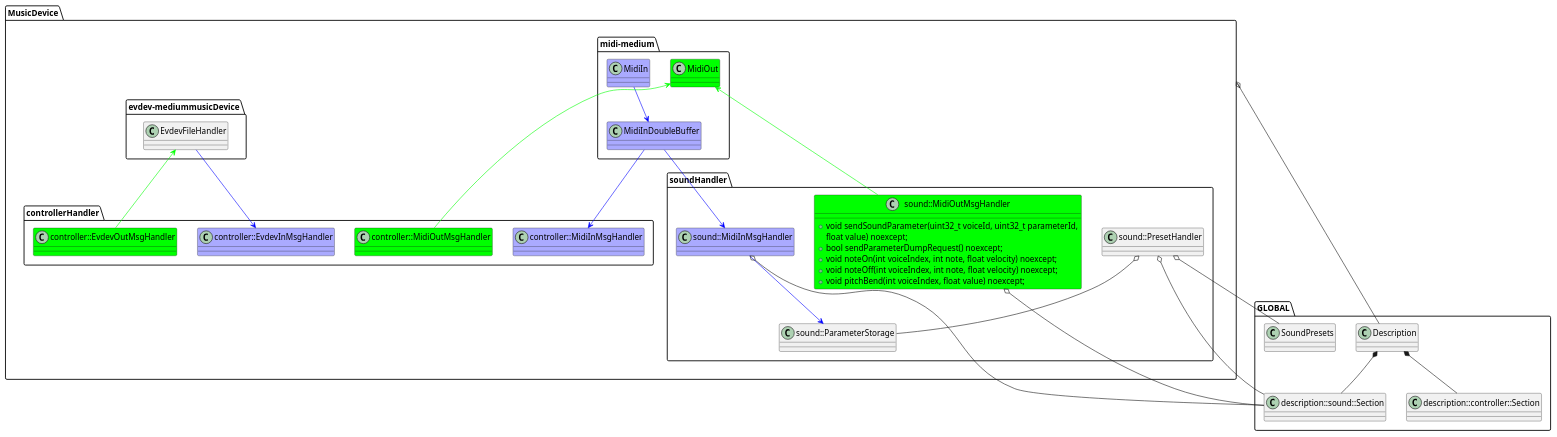
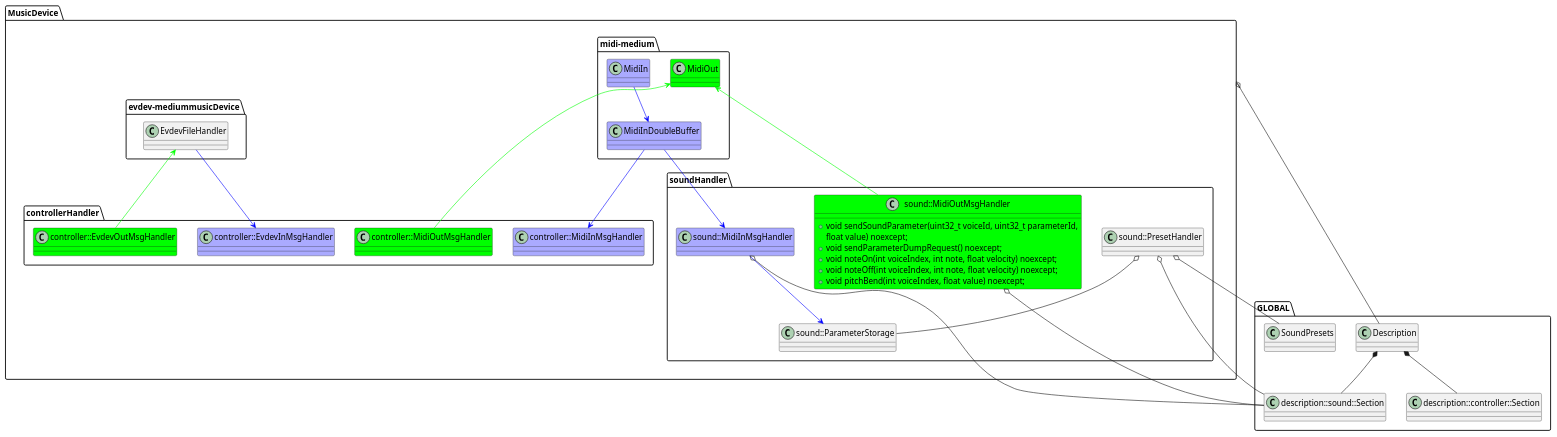
Before and after one commit to dliess/MidiEmBackend: the diagram in Base/Documentation/Brainstorming/classes.puml, drawn with PlantUML. The commit also changed 10 other files, not shown here.

Commit message:
parameter dum request refactor

```diff
--- a/Base/Documentation/Brainstorming/classes.puml
+++ b/Base/Documentation/Brainstorming/classes.puml
@@ -1,106 +1,106 @@
 @startuml
 
 package GLOBAL
 {
    class SoundPresets
    class Description
    class description::sound::Section
    class description::controller::Section
 }
 
 package MusicDevice
 {
 
 
 package soundHandler
 {
    class sound::MidiInMsgHandler #aaaaff
    {
 
    }
 
    class sound::MidiOutMsgHandler #00ff00
    {
       +void sendSoundParameter(uint32_t voiceId, uint32_t parameterId,
                               float value) noexcept;
-      +bool sendParameterDumpRequest() noexcept;
+      +void sendParameterDumpRequest() noexcept;
       +void noteOn(int voiceIndex, int note, float velocity) noexcept;
       +void noteOff(int voiceIndex, int note, float velocity) noexcept;
       +void pitchBend(int voiceIndex, float value) noexcept;
    }
 
 
    class sound::ParameterStorage
    {
 
    }
 
    class sound::PresetHandler
    {
 
    }
 
 }
 
 package controllerHandler
 {
    class controller::MidiInMsgHandler #aaaaff
    {
 
    }
 
    class controller::MidiOutMsgHandler #00ff00
    {
 
    }
 
    class controller::EvdevInMsgHandler #aaaaff
    {
 
    }
 
    class controller::EvdevOutMsgHandler #00ff00
    {
 
    }
 }
 
 package midi-medium
 {
 
 class MidiInDoubleBuffer #aaaaff
 class MidiOut #00ff00
 class MidiIn #aaaaff
 
 }
 
 package evdev-mediummusicDevice
 {
    class EvdevFileHandler
 }
 
 }
 
 Description *-- description::sound::Section
 Description *-- description::controller::Section
 
 MusicDevice o-- Description
 
 sound::MidiInMsgHandler --> sound::ParameterStorage #0000ff
 sound::PresetHandler o-- sound::ParameterStorage
 sound::PresetHandler o-- SoundPresets
 sound::PresetHandler o-- description::sound::Section
 sound::MidiOutMsgHandler o-- description::sound::Section
 sound::MidiInMsgHandler o-- description::sound::Section
 
 MidiIn --> MidiInDoubleBuffer #0000ff
 MidiInDoubleBuffer --> sound::MidiInMsgHandler #0000ff
 MidiInDoubleBuffer --> controller::MidiInMsgHandler #0000ff
 
 sound::MidiOutMsgHandler --> MidiOut #00ff00
 controller::MidiOutMsgHandler --> MidiOut #00ff00
 
 EvdevFileHandler --> controller::EvdevInMsgHandler #0000ff
 EvdevFileHandler <-- controller::EvdevOutMsgHandler #00ff00
 
 @enduml
```
